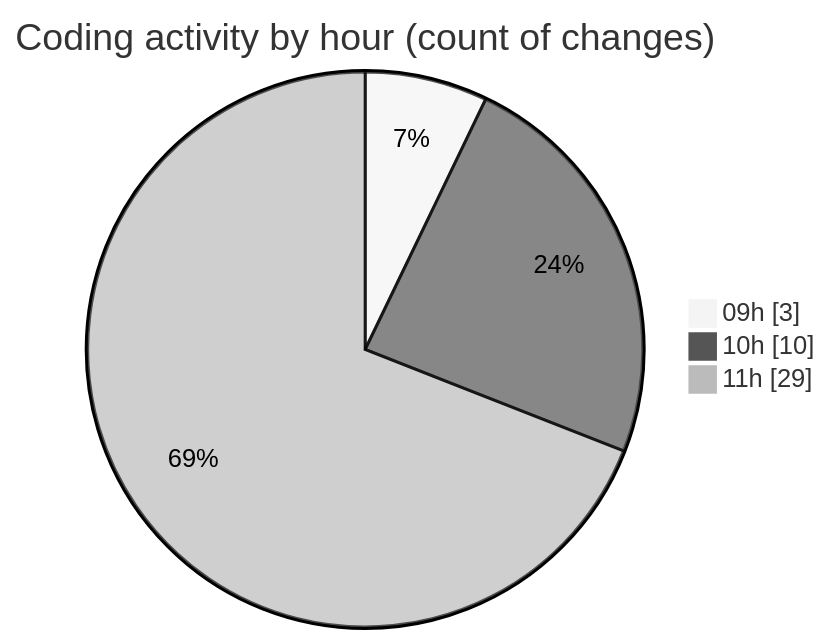
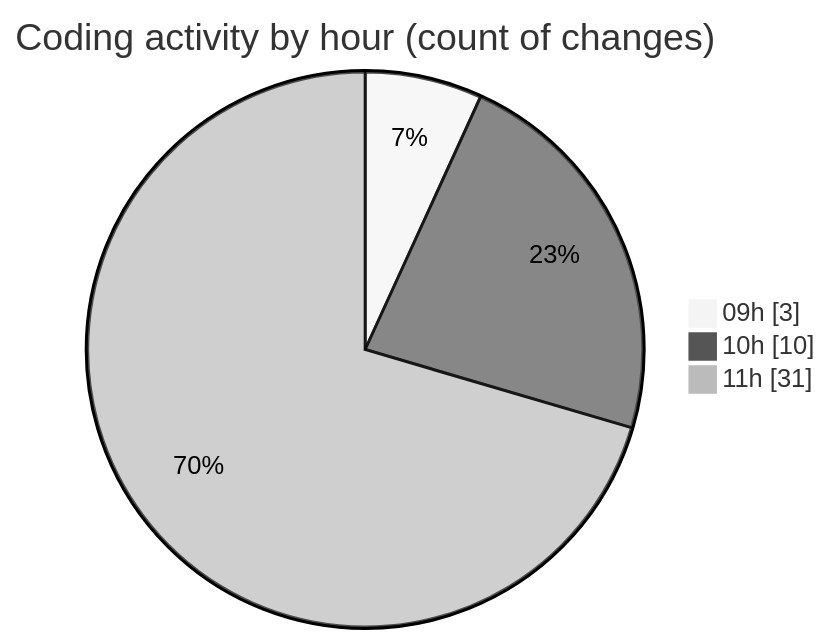
The second of 2 diagrams in 2026-01-22/cda/README.md (momahboobian/code-tracking), drawn with Mermaid (neutral theme) before and after one commit. The commit also changed other lines of this file and 1 other file, not shown here.

````diff
--- a/2026-01-22/cda/README.md
+++ b/2026-01-22/cda/README.md
@@ -41,7 +42,7 @@
 ```mermaid
 pie showData
 title Coding activity by hour (count of changes)
 "09h" : 3
 "10h" : 10
-"11h" : 29
+"11h" : 31
 ```
````
